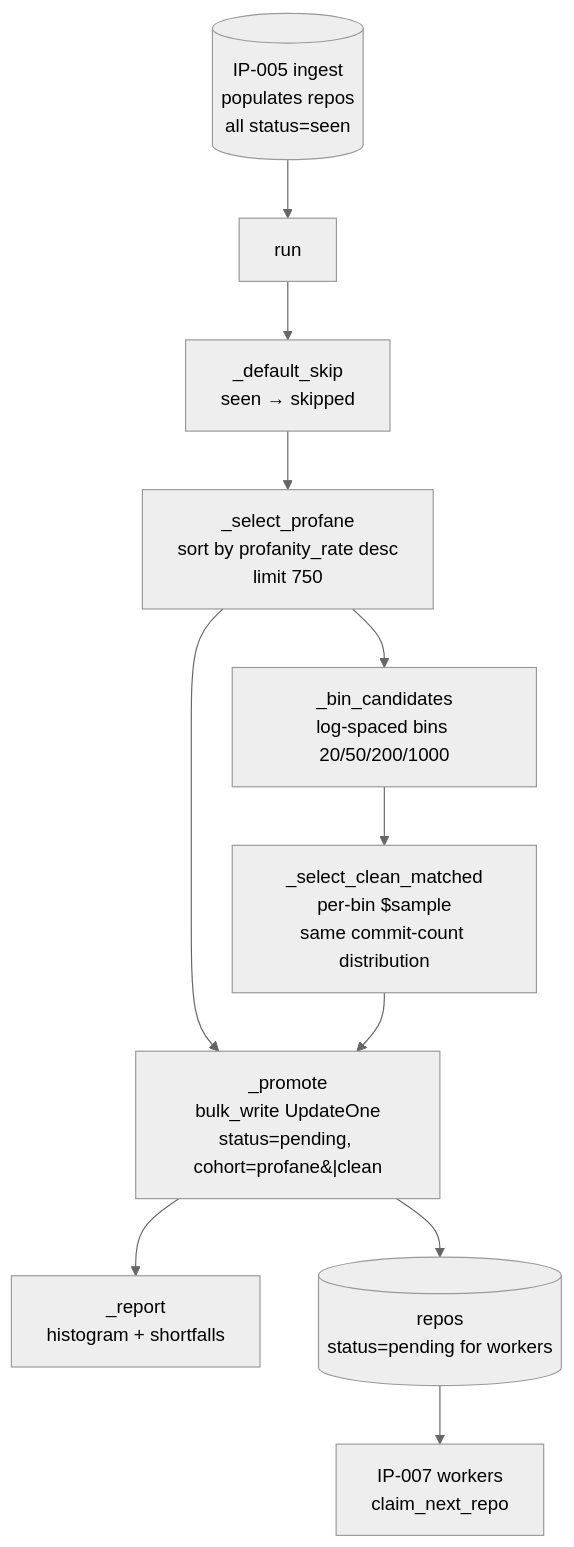
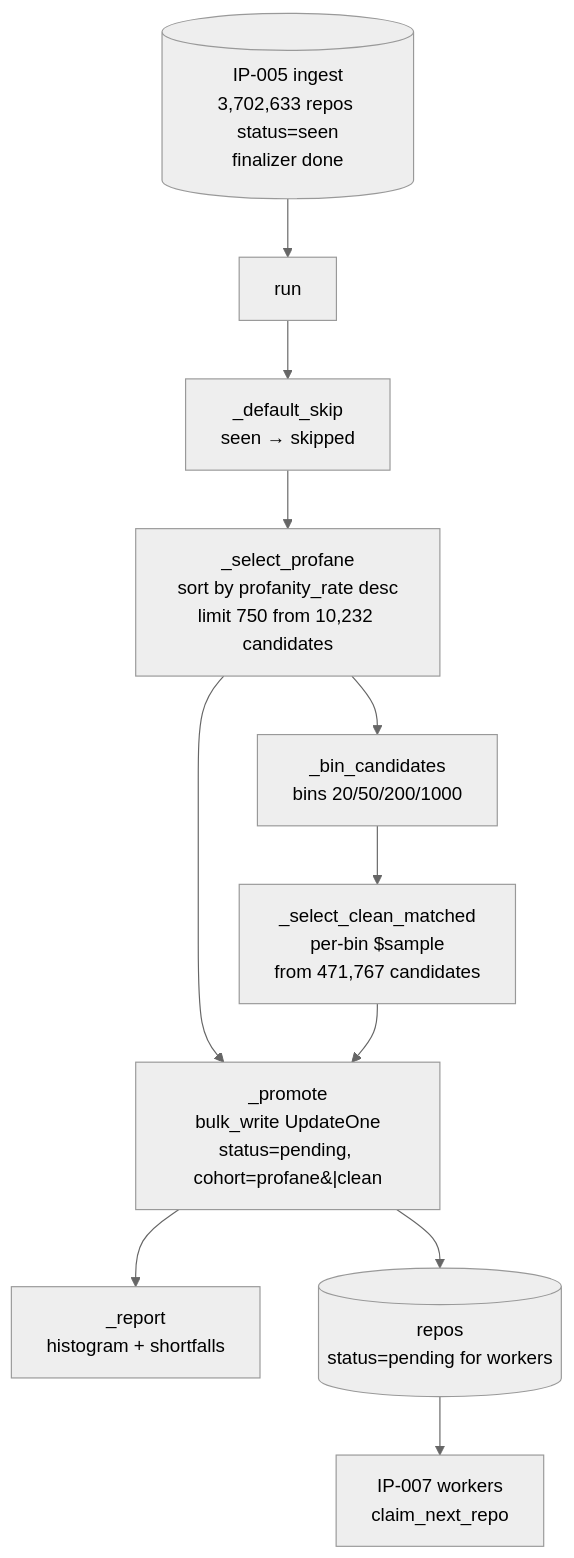
The diagram in docs/proposals/posts/ip-006-cohort-sampling.md (Sibyx/oss-profanity), drawn with Mermaid (neutral theme) before and after one commit. The commit also changed other lines of this file and 12 other files, not shown here.

````diff
--- a/docs/proposals/posts/ip-006-cohort-sampling.md
+++ b/docs/proposals/posts/ip-006-cohort-sampling.md
@@ -85,24 +132,24 @@
 ```mermaid
 graph TD
-    ING[(IP-005 ingest<br/>populates repos<br/>all status=seen)]
+    ING[(IP-005 ingest<br/>3,702,633 repos status=seen<br/>finalizer done)]
     START[run]
     SKIP[_default_skip<br/>seen → skipped]
-    SELA[_select_profane<br/>sort by profanity_rate desc<br/>limit 750]
-    BIN[_bin_candidates<br/>log-spaced bins 20/50/200/1000]
-    SELB[_select_clean_matched<br/>per-bin $sample<br/>same commit-count distribution]
+    SELA[_select_profane<br/>sort by profanity_rate desc<br/>limit 750 from 10,232 candidates]
+    BIN[_bin_candidates<br/>bins 20/50/200/1000]
+    SELB[_select_clean_matched<br/>per-bin $sample<br/>from 471,767 candidates]
     PRO[_promote<br/>bulk_write UpdateOne<br/>status=pending, cohort=profane&#124;clean]
     REP[_report<br/>histogram + shortfalls]
     MDB[(repos<br/>status=pending for workers)]
     WORK[IP-007 workers<br/>claim_next_repo]
 
     ING --> START
     START --> SKIP
     SKIP --> SELA
     SELA --> BIN
     BIN --> SELB
     SELA --> PRO
     SELB --> PRO
     PRO --> MDB
     PRO --> REP
     MDB --> WORK
 ```
````
